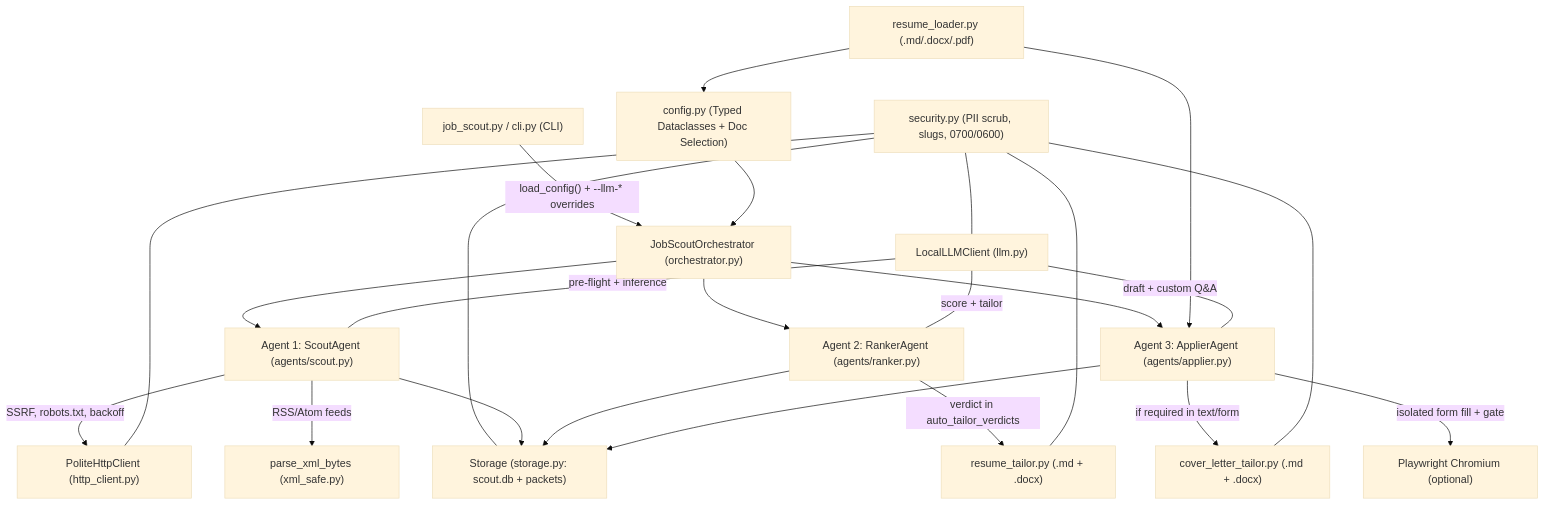
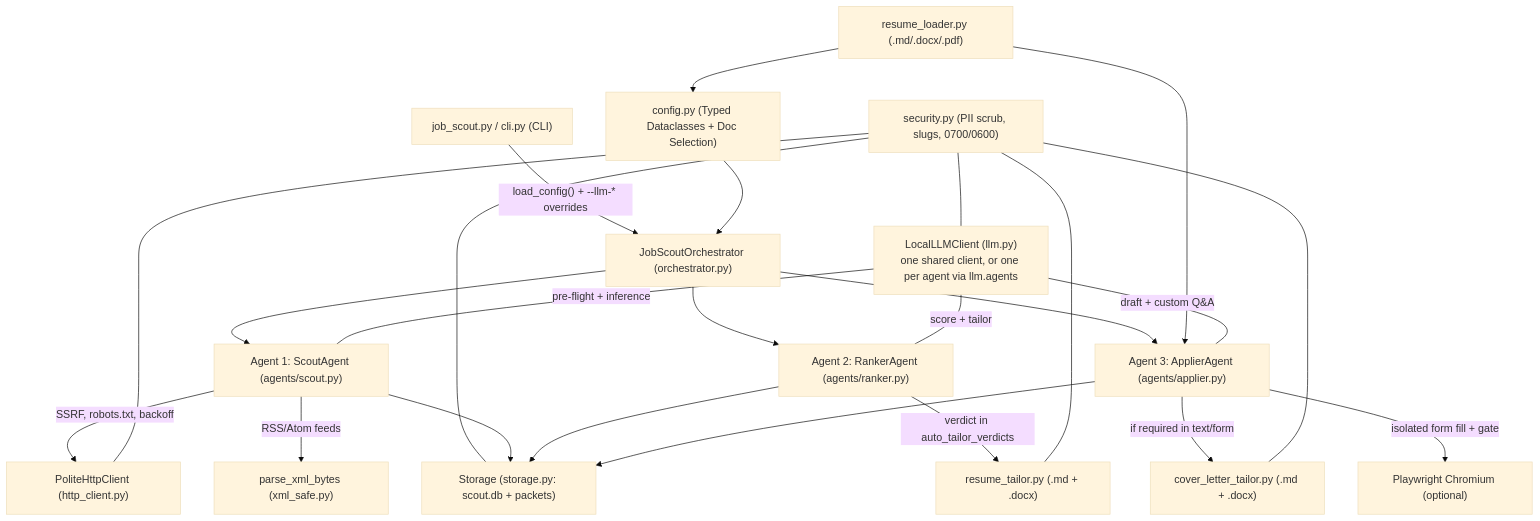
The first of 4 diagrams in docs/ARCHITECTURE.md (sherwinlu/jobScout), drawn with Mermaid (base theme) before and after one commit. The commit also changed other lines of this file and 4 other files, not shown here.

````diff
--- a/docs/ARCHITECTURE.md
+++ b/docs/ARCHITECTURE.md
@@ -18,32 +18,32 @@
 ```mermaid
 flowchart TD
     CLI["job_scout.py / cli.py (CLI)"] -->|"load_config() + --llm-* overrides"| ORCH["JobScoutOrchestrator (orchestrator.py)"]
 
     ORCH --> SCOUT["Agent 1: ScoutAgent (agents/scout.py)"]
     ORCH --> RANK["Agent 2: RankerAgent (agents/ranker.py)"]
     ORCH --> APPLY["Agent 3: ApplierAgent (agents/applier.py)"]
 
     SCOUT -->|"SSRF, robots.txt, backoff"| HTTP["PoliteHttpClient (http_client.py)"]
     SCOUT -->|"RSS/Atom feeds"| XML["parse_xml_bytes (xml_safe.py)"]
     RANK -->|"verdict in auto_tailor_verdicts"| RTAILOR["resume_tailor.py (.md + .docx)"]
     APPLY -->|"if required in text/form"| CLTAILOR["cover_letter_tailor.py (.md + .docx)"]
     APPLY -->|"isolated form fill + gate"| PW["Playwright Chromium (optional)"]
 
     CFG["config.py (Typed Dataclasses + Doc Selection)"] --> ORCH
     RLOAD["resume_loader.py (.md/.docx/.pdf)"] --> CFG
     RLOAD --> APPLY
 
-    LLM["LocalLLMClient (llm.py)"] ---|"pre-flight + inference"| SCOUT
+    LLM["LocalLLMClient (llm.py)<br/>one shared client, or one per agent via llm.agents"] ---|"pre-flight + inference"| SCOUT
     LLM ---|"score + tailor"| RANK
     LLM ---|"draft + custom Q&A"| APPLY
 
     SEC["security.py (PII scrub, slugs, 0700/0600)"] --- HTTP
     SEC --- LLM
     SEC --- STORE["Storage (storage.py: scout.db + packets)"]
     SEC --- RTAILOR
     SEC --- CLTAILOR
 
     SCOUT --> STORE
     RANK --> STORE
     APPLY --> STORE
 ```
````
